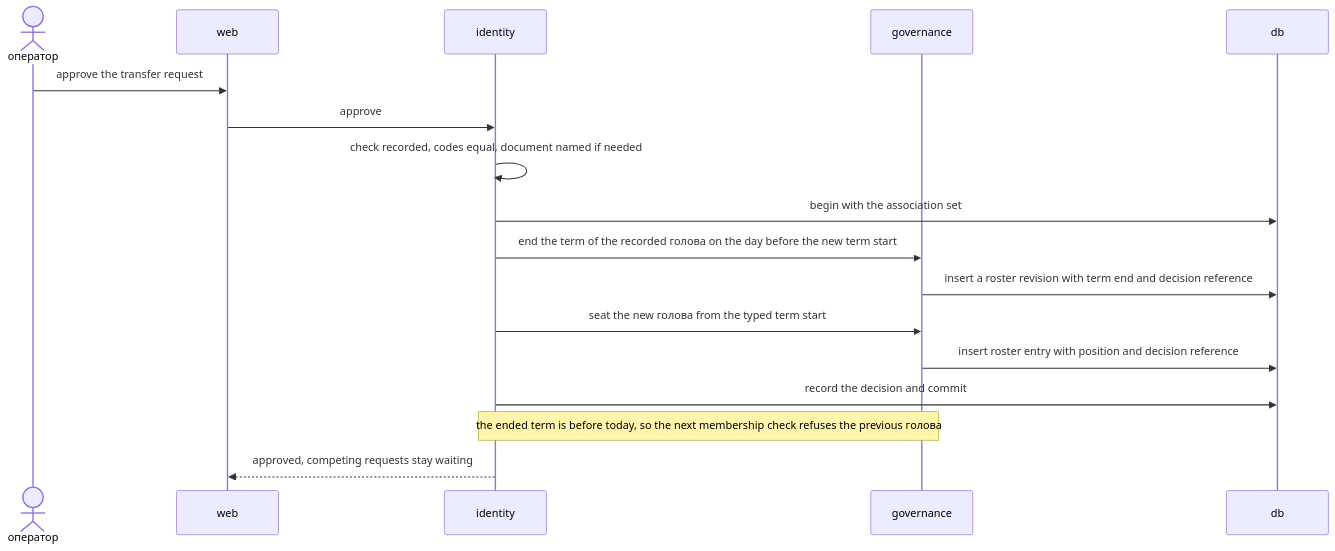
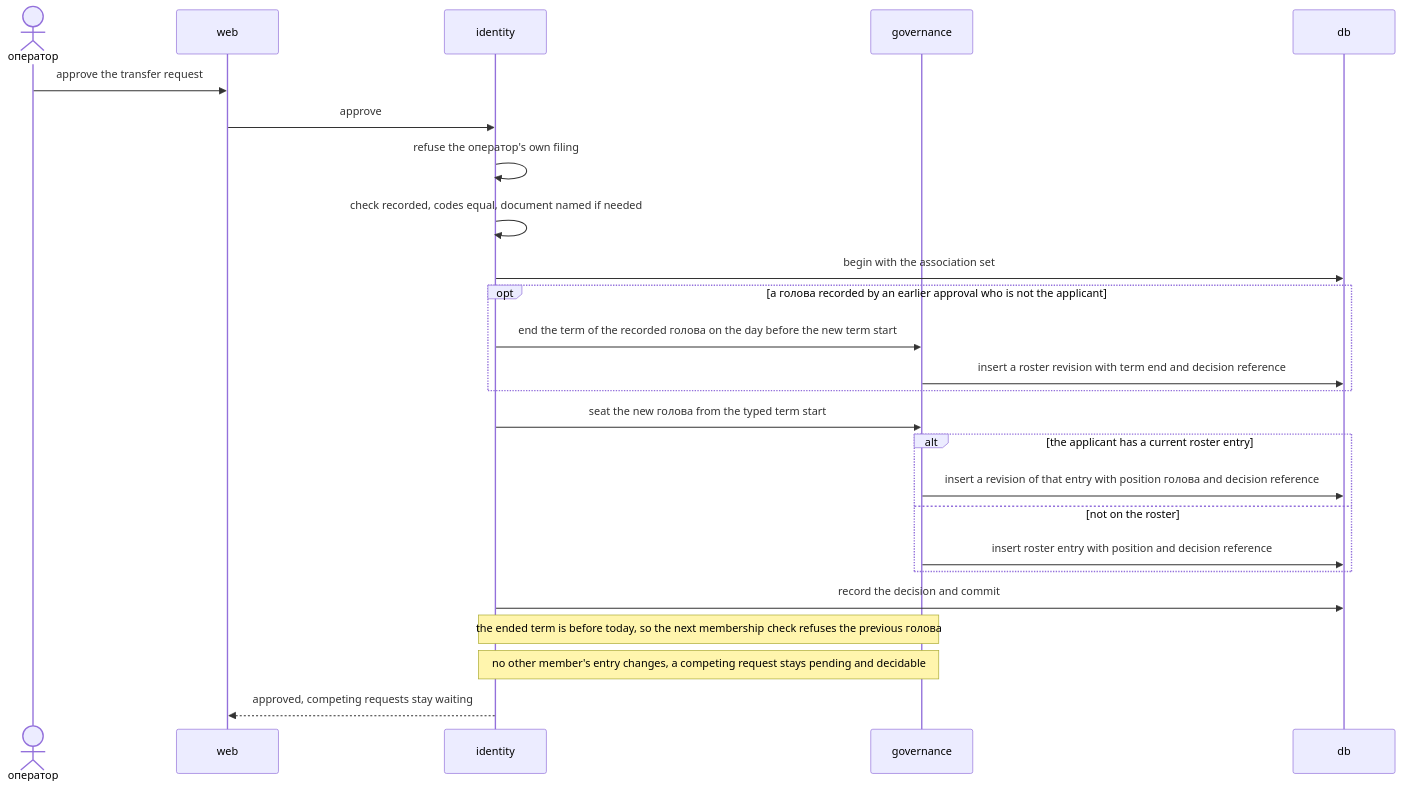
One commit to AndriiOpryshko/spilno changed the fifth of 14 diagrams in docs/features/association-onboarding/sad.md. Above: the diagram before and after it, drawn with Mermaid. The commit also changed other lines of this file, not shown here.

First line of the commit message:
docs(onboarding): SAD §6 — own filing, re-seat and field checks

````diff
--- a/docs/features/association-onboarding/sad.md
+++ b/docs/features/association-onboarding/sad.md
@@ -230,19 +231,27 @@
 ```mermaid
 sequenceDiagram
     actor O as оператор
     participant W as web
     participant I as identity
     participant G as governance
     participant D as db
     O->>W: approve the transfer request
     W->>I: approve
+    I->>I: refuse the оператор's own filing
     I->>I: check recorded, codes equal, document named if needed
     I->>D: begin with the association set
-    I->>G: end the term of the recorded голова on the day before the new term start
-    G->>D: insert a roster revision with term end and decision reference
+    opt a голова recorded by an earlier approval who is not the applicant
+        I->>G: end the term of the recorded голова on the day before the new term start
+        G->>D: insert a roster revision with term end and decision reference
+    end
     I->>G: seat the new голова from the typed term start
-    G->>D: insert roster entry with position and decision reference
+    alt the applicant has a current roster entry
+        G->>D: insert a revision of that entry with position голова and decision reference
+    else not on the roster
+        G->>D: insert roster entry with position and decision reference
+    end
     I->>D: record the decision and commit
     Note over I,G: the ended term is before today, so the next membership check refuses the previous голова
+    Note over I,G: no other member's entry changes, a competing request stays pending and decidable
     I-->>W: approved, competing requests stay waiting
 ```
````
